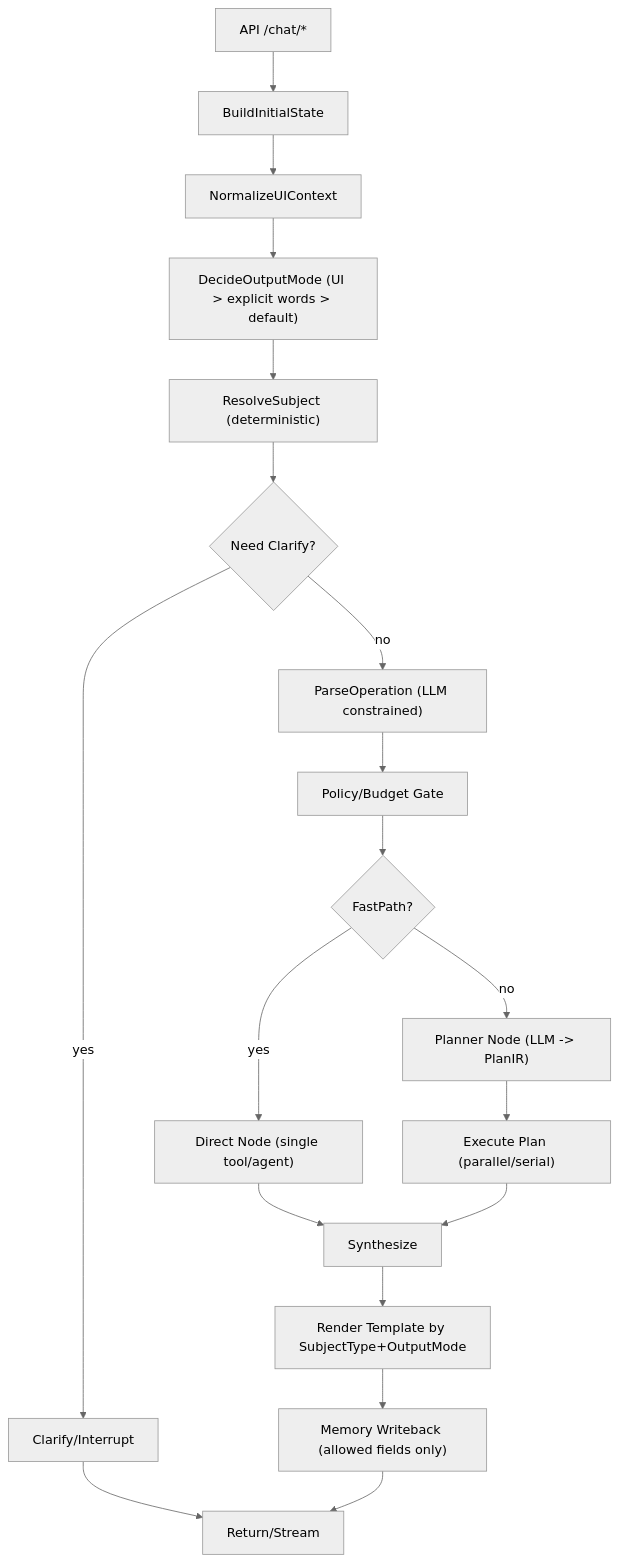
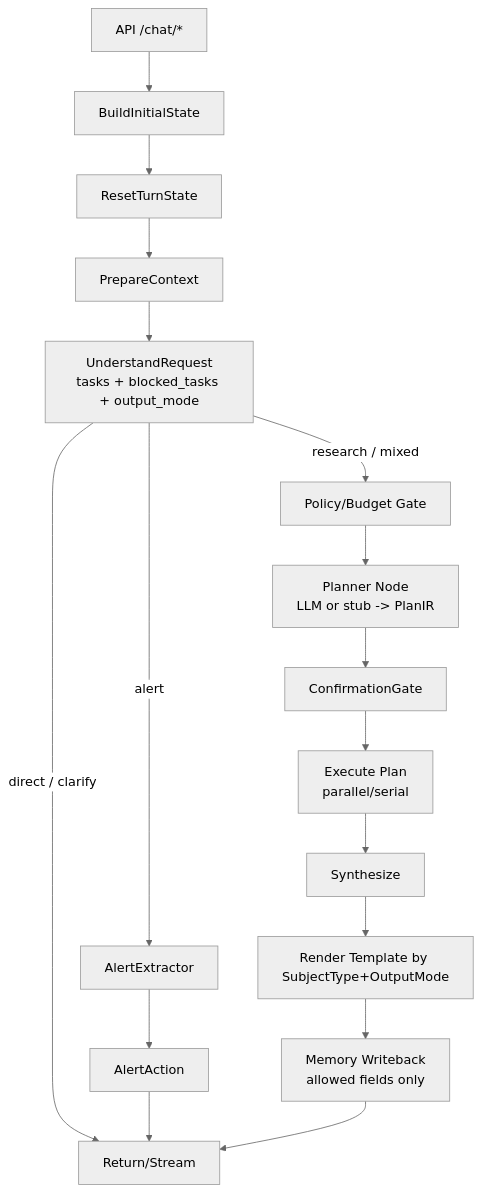
Before and after one commit to kkkano/FinSight: the third of 4 diagrams in docs/06a_LANGGRAPH_DESIGN_SPEC.md, drawn with Mermaid (neutral theme). The commit also changed other lines of this file and 8 other files, not shown here.

Commit message:
docs: clean active architecture references

````diff
--- a/docs/06a_LANGGRAPH_DESIGN_SPEC.md
+++ b/docs/06a_LANGGRAPH_DESIGN_SPEC.md
@@ -165,18 +181,19 @@
 ```mermaid
 flowchart TD
   A["API /chat/*"] --> B[BuildInitialState]
-  B --> C[NormalizeUIContext]
-  C --> H["DecideOutputMode (UI > explicit words > default)"]
-  H --> D["ResolveSubject (deterministic)"]
-  D --> E{"Need Clarify?"}
-  E -- yes --> F["Clarify/Interrupt"] --> Z["Return/Stream"]
-  E -- no --> G["ParseOperation (LLM constrained)"]
-  G --> I["Policy/Budget Gate"]
-  I --> J{"FastPath?"}
-  J -- yes --> K["Direct Node (single tool/agent)"] --> S[Synthesize]
-  J -- no --> P["Planner Node (LLM -> PlanIR)"]
-  P --> Q["Execute Plan (parallel/serial)"] --> S[Synthesize]
+  B --> C[ResetTurnState]
+  C --> D[PrepareContext]
+  D --> E["UnderstandRequest<br/>tasks + blocked_tasks + output_mode"]
+  E -- direct / clarify --> Z["Return/Stream"]
+  E -- alert --> A1[AlertExtractor]
+  A1 --> A2[AlertAction]
+  A2 --> Z
+  E -- research / mixed --> I["Policy/Budget Gate"]
+  I --> P["Planner Node<br/>LLM or stub -> PlanIR"]
+  P --> H[ConfirmationGate]
+  H --> Q["Execute Plan<br/>parallel/serial"]
+  Q --> S[Synthesize]
   S --> R["Render Template by SubjectType+OutputMode"]
-  R --> M["Memory Writeback (allowed fields only)"]
+  R --> M["Memory Writeback<br/>allowed fields only"]
   M --> Z
 ```
````
